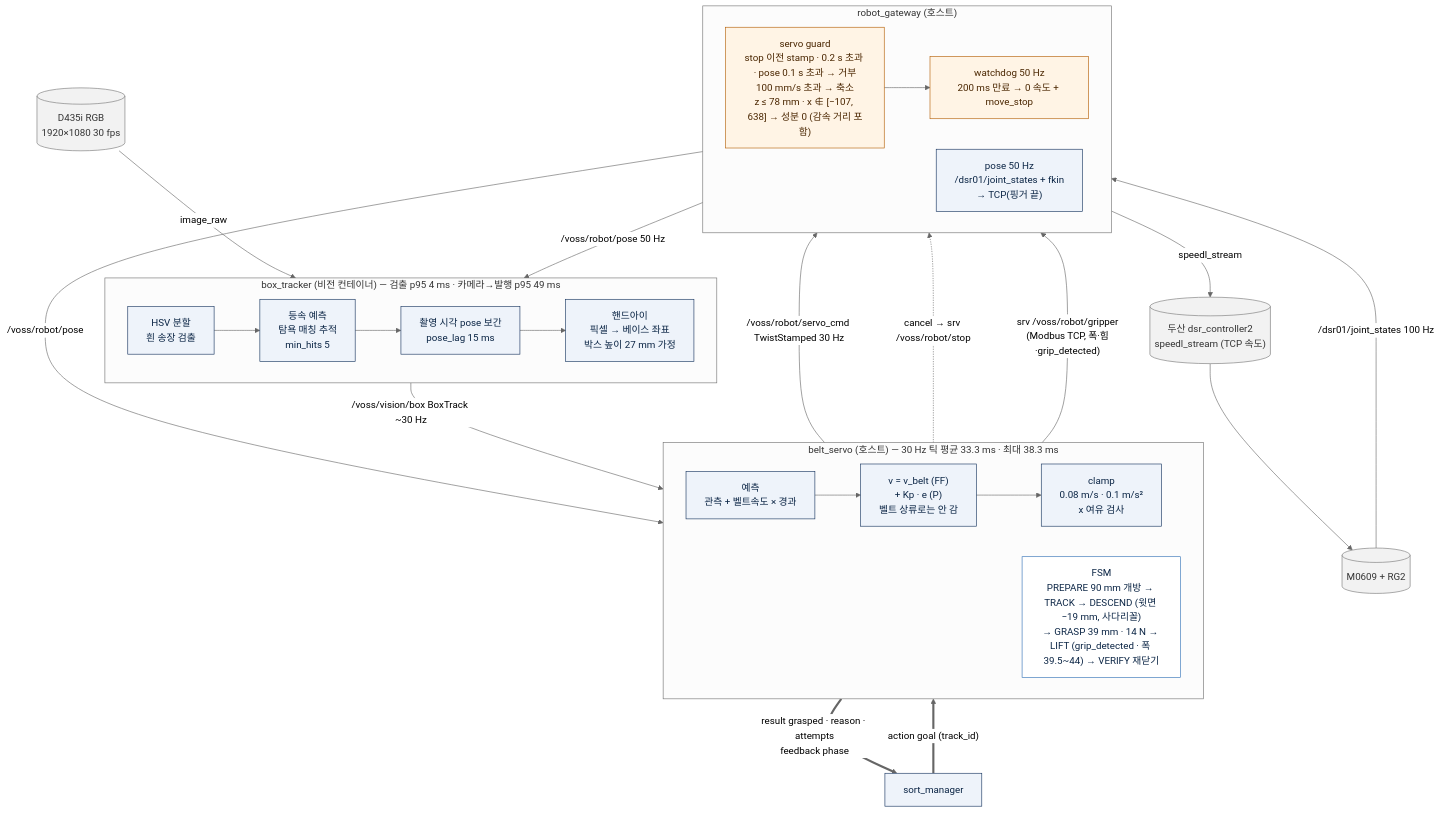
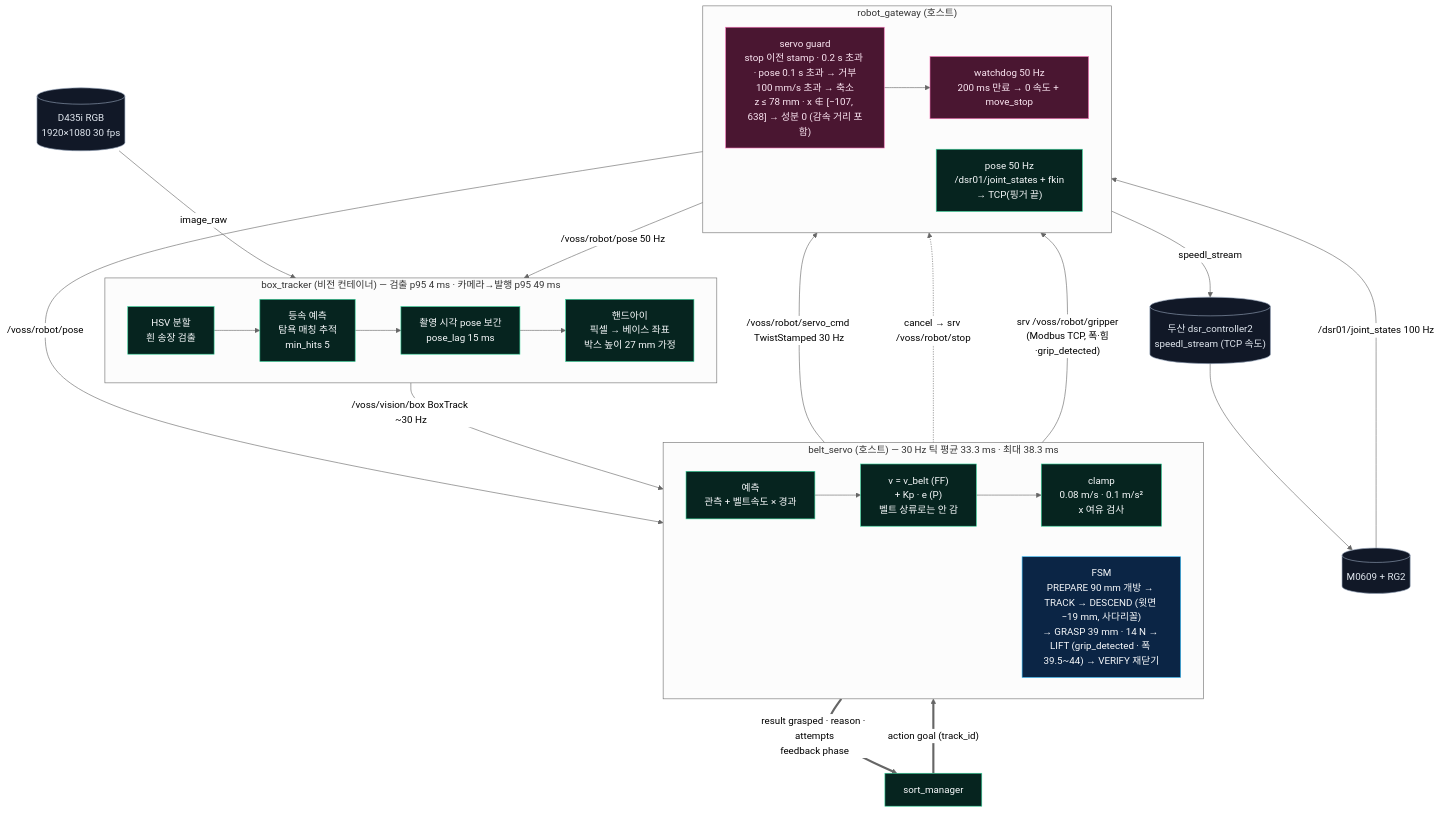
The diagram in docs/architecture/03_control_loop.mmd (lambdaramji/rokey_cobot2_VOSS), drawn with Mermaid (neutral theme) before and after one commit. The commit also changed 21 other files, not shown here.

First line of the commit message:
docs(architecture): Weld-Made 식 한 장 도면으로 재작성 — 배포 · ROS 2 통신(R1~R41) · ERD + 등록표

```diff
--- a/docs/architecture/03_control_loop.mmd
+++ b/docs/architecture/03_control_loop.mmd
@@ -1,40 +1,40 @@
 flowchart TB
-  classDef node fill:#EEF3FA,stroke:#13315C,color:#0B2545
-  classDef ext fill:#F2F2F2,stroke:#777,color:#333
-  classDef guard fill:#FFF4E5,stroke:#B35C00,color:#4A2600
-  classDef fsm fill:#FFFFFF,stroke:#2F6FB5,color:#0B2545
+  classDef node fill:#06241f,stroke:#34d399,color:#f8fafc
+  classDef ext fill:#111827,stroke:#94a3b8,color:#e2e8f0
+  classDef guard fill:#4a1631,stroke:#f472b6,color:#fce7f3
+  classDef fsm fill:#0b2545,stroke:#38bdf8,color:#f8fafc
 
   CAM[("D435i RGB<br/>1920×1080 30 fps")]:::ext
   subgraph BT["box_tracker (비전 컨테이너) — 검출 p95 4 ms · 카메라→발행 p95 49 ms"]
     direction LR
     D1["HSV 분할<br/>흰 송장 검출"] --> D2["등속 예측<br/>탐욕 매칭 추적<br/>min_hits 5"] --> D3["촬영 시각 pose 보간<br/>pose_lag 15 ms"] --> D4["핸드아이<br/>픽셀 → 베이스 좌표<br/>박스 높이 27 mm 가정"]
   end
   subgraph BS["belt_servo (호스트) — 30 Hz 틱 평균 33.3 ms · 최대 38.3 ms"]
     direction LR
     C1["예측<br/>관측 + 벨트속도 × 경과"] --> C2["v = v_belt (FF)<br/>+ Kp · e (P)<br/>벨트 상류로는 안 감"] --> C3["clamp<br/>0.08 m/s · 0.1 m/s²<br/>x 여유 검사"]
     F["FSM<br/>PREPARE 90 mm 개방 → TRACK → DESCEND (윗면 −19 mm, 사다리꼴)<br/>→ GRASP 39 mm · 14 N → LIFT (grip_detected · 폭 39.5~44) → VERIFY 재닫기"]:::fsm
   end
   subgraph RG["robot_gateway (호스트)"]
     direction LR
     G1["servo guard<br/>stop 이전 stamp · 0.2 s 초과 · pose 0.1 s 초과 → 거부<br/>100 mm/s 초과 → 축소<br/>z ≤ 78 mm · x ∉ [−107, 638] → 성분 0 (감속 거리 포함)"]:::guard
     G2["watchdog 50 Hz<br/>200 ms 만료 → 0 속도 + move_stop"]:::guard
     G3["pose 50 Hz<br/>/dsr01/joint_states + fkin<br/>→ TCP(핑거 끝)"]
   end
   DSR[("두산 dsr_controller2<br/>speedl_stream (TCP 속도)")]:::ext
   ROBOT[("M0609 + RG2")]:::ext
 
   CAM -- "image_raw" --> D1
   D4 -- "/voss/vision/box BoxTrack ~30 Hz" --> C1
   C3 -- "/voss/robot/servo_cmd TwistStamped 30 Hz" --> G1
   G1 --> G2
   G2 -- "speedl_stream" --> DSR
   DSR --> ROBOT
   ROBOT -- "/dsr01/joint_states 100 Hz" --> G3
   G3 -- "/voss/robot/pose 50 Hz" --> D3
   G3 -- "/voss/robot/pose" --> C1
   F -- "srv /voss/robot/gripper<br/>(Modbus TCP, 폭·힘·grip_detected)" --> RG
   F -. "cancel → srv /voss/robot/stop" .-> G2
   SM["sort_manager"]:::node == "action goal (track_id)" ==> F
   F == "result grasped · reason · attempts<br/>feedback phase" ==> SM
 
   class D1,D2,D3,D4,C1,C2,C3,G3 node
```
